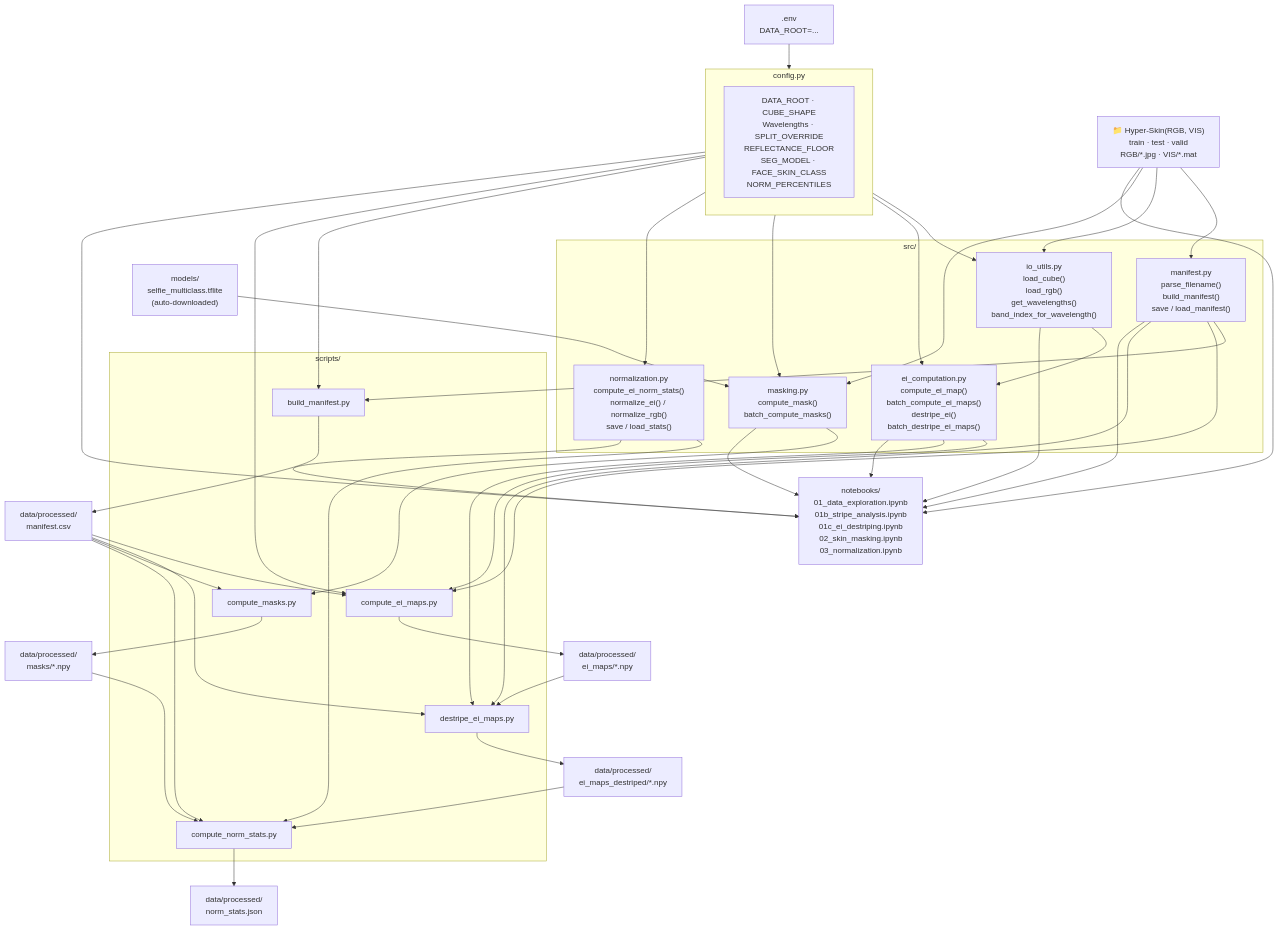
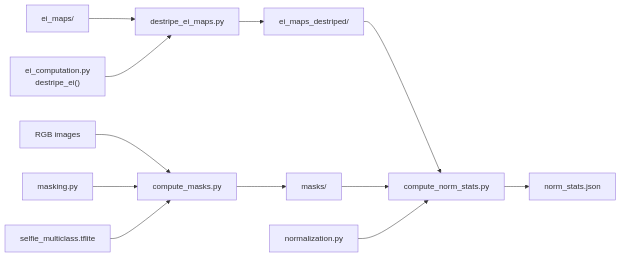
One commit to denydr/erythema-estimation changed the second of 4 diagrams in README.md. Above: the diagram before and after it, drawn with Mermaid. The commit also changed other lines of this file and 3 other files, not shown here.

````diff
--- a/README.md
+++ b/README.md
@@ -181,81 +163,16 @@
 ```mermaid
-flowchart TD
-    SSD["📁 Hyper-Skin(RGB, VIS)\ntrain · test · valid\nRGB/*.jpg · VIS/*.mat"]
+flowchart LR
+    EIM["ei_maps/"] --> DE["destripe_ei_maps.py"]
+    EIC["ei_computation.py\ndestripe_ei()"] --> DE
+    DE --> DES["ei_maps_destriped/"]
 
-    ENV[".env\nDATA_ROOT=..."]
+    RGB["RGB images"] --> CM["compute_masks.py"]
+    MKM["masking.py"] --> CM
+    SEG["selfie_multiclass.tflite"] --> CM
+    CM --> MKO["masks/"]
 
-    subgraph cfg["config.py"]
-        C["DATA_ROOT · CUBE_SHAPE\nWavelengths · SPLIT_OVERRIDE\nREFLECTANCE_FLOOR\nSEG_MODEL · FACE_SKIN_CLASS\nNORM_PERCENTILES"]
-    end
-
-    ENV --> cfg
-
-    subgraph src["src/"]
-        MAN["manifest.py\nparse_filename()\nbuild_manifest()\nsave / load_manifest()"]
-        IO["io_utils.py\nload_cube()\nload_rgb()\nget_wavelengths()\nband_index_for_wavelength()"]
-        EI["ei_computation.py\ncompute_ei_map()\nbatch_compute_ei_maps()\ndestripe_ei()\nbatch_destripe_ei_maps()"]
-        MK["masking.py\ncompute_mask()\nbatch_compute_masks()"]
-        NRM["normalization.py\ncompute_ei_norm_stats()\nnormalize_ei() / normalize_rgb()\nsave / load_stats()"]
-    end
-
-    subgraph scripts["scripts/"]
-        BS["build_manifest.py"]
-        CE["compute_ei_maps.py"]
-        DE["destripe_ei_maps.py"]
-        CM["compute_masks.py"]
-        CN["compute_norm_stats.py"]
-    end
-
-    NB["notebooks/\n01_data_exploration.ipynb\n01b_stripe_analysis.ipynb\n01c_ei_destriping.ipynb\n02_skin_masking.ipynb\n03_normalization.ipynb"]
-
-    MCSV["data/processed/\nmanifest.csv"]
-    EIOUT["data/processed/\nei_maps/*.npy"]
-    DEOUT["data/processed/\nei_maps_destriped/*.npy"]
-    MKOUT["data/processed/\nmasks/*.npy"]
-    NSOUT["data/processed/\nnorm_stats.json"]
-    SEGM["models/\nselfie_multiclass.tflite\n(auto-downloaded)"]
-
-    SSD --> MAN
-    SSD --> IO
-    cfg --> IO
-    cfg --> EI
-    cfg --> MK
-    cfg --> NRM
-    cfg --> BS
-    cfg --> CE
-    cfg --> NB
-
-    MAN --> BS
-    BS --> MCSV
-
-    MAN --> CE
-    MCSV --> CE
-    IO --> EI
-    EI --> CE
-    CE --> EIOUT
-
-    MAN --> DE
-    MCSV --> DE
-    EI --> DE
-    EIOUT --> DE
-    DE --> DEOUT
-
-    SEGM --> MK
-    SSD --> MK
-    MCSV --> CM
-    MK --> CM
-    CM --> MKOUT
-
-    MCSV --> CN
-    DEOUT --> CN
-    MKOUT --> CN
-    NRM --> CN
-    CN --> NSOUT
-
-    MAN --> NB
-    IO --> NB
-    EI --> NB
-    MK --> NB
-    NRM --> NB
-    SSD --> NB
+    DES --> CN["compute_norm_stats.py"]
+    MKO --> CN
+    NRM["normalization.py"] --> CN
+    CN --> NS["norm_stats.json"]
 ```
````
